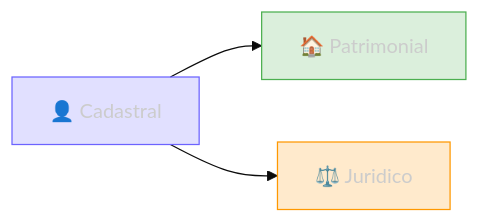
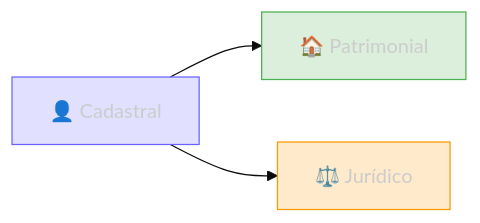
Before and after one commit to Sherlocker-LTDA/docs: the first of 2 diagrams in introduction.mdx, drawn with Mermaid (base theme). The commit also changed other lines of this file and 34 other files, not shown here.

````diff
--- a/introduction.mdx
+++ b/introduction.mdx
@@ -13,13 +13,13 @@
 ```mermaid
 graph LR
     CAD["👤 Cadastral"]
     PAT["🏠 Patrimonial"]
-    JUR["⚖️ Juridico"]
+    JUR["⚖️ Jurídico"]
 
     CAD --> PAT
     CAD --> JUR
 
     style CAD fill:#6C63FF33,stroke:#6C63FF,color:#ccc
     style PAT fill:#4CAF5033,stroke:#4CAF50,color:#ccc
     style JUR fill:#FF980033,stroke:#FF9800,color:#ccc
 ```
````
